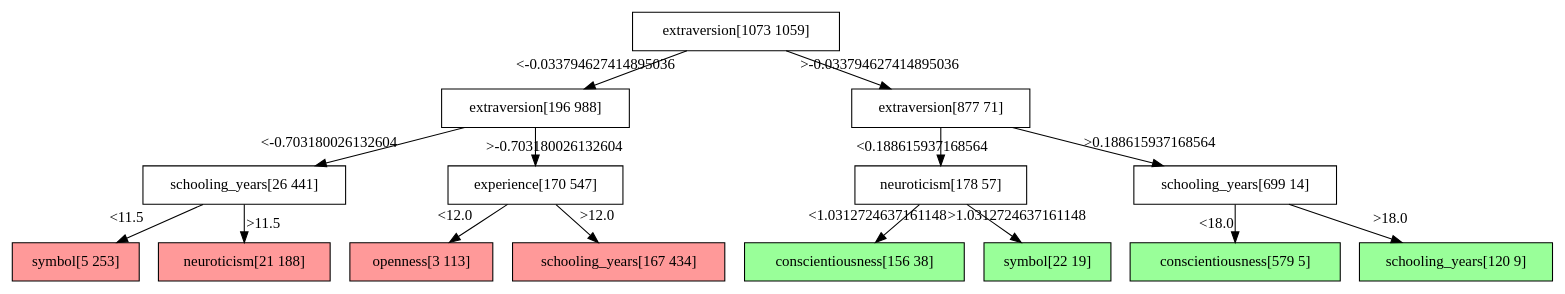
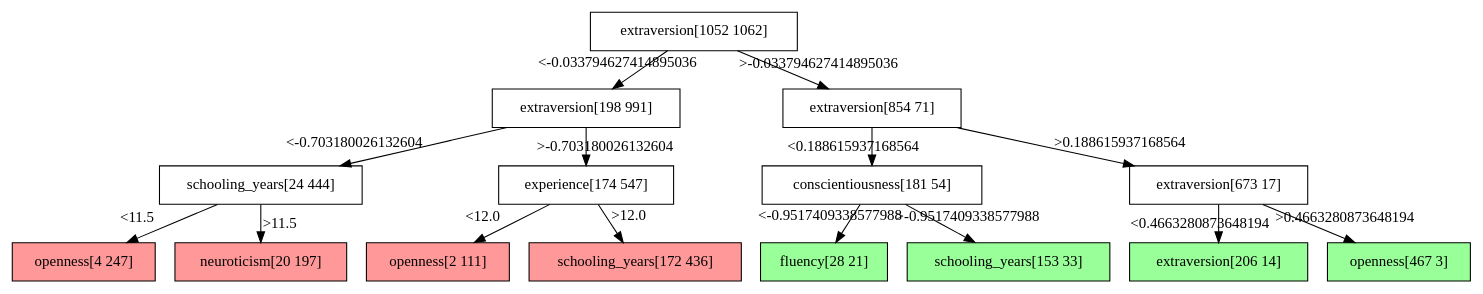
Before and after one commit to Poojabl26/Programming-Project: the diagram in skills_and_wages/bld/out/analysis/decision_tree.dot, drawn with Graphviz. The commit also changed 7 other files, not shown here.

```diff
--- a/skills_and_wages/bld/out/analysis/decision_tree.dot
+++ b/skills_and_wages/bld/out/analysis/decision_tree.dot
@@ -1,32 +1,32 @@
 digraph Tree {
 node [shape=box, style="filled", color="black"] ;
-0 [ label="extraversion[1073 1059]" , fillcolor="#ffffff"] ;
-1 [ label="extraversion[196 988]" , fillcolor="#ffffff"] ;
+0 [ label="extraversion[1052 1062]" , fillcolor="#ffffff"] ;
+1 [ label="extraversion[198 991]" , fillcolor="#ffffff"] ;
 0->1 [labeldistance=2.5, labelangle=45, headlabel="<-0.033794627414895036"] ;
-3 [ label="schooling_years[26 441]" , fillcolor="#ffffff"] ;
+3 [ label="schooling_years[24 444]" , fillcolor="#ffffff"] ;
 1->3 [labeldistance=2.5, labelangle=45, headlabel="<-0.703180026132604"] ;
-5 [ label="symbol[5 253]" , fillcolor="#ff9999"] ;
+5 [ label="openness[4 247]" , fillcolor="#ff9999"] ;
 3->5 [labeldistance=2.5, labelangle=45, headlabel="<11.5"] ;
-6 [ label="neuroticism[21 188]" , fillcolor="#ff9999"] ;
+6 [ label="neuroticism[20 197]" , fillcolor="#ff9999"] ;
 3->6 [labeldistance=2.5, labelangle=-45, headlabel=">11.5"] ;
-4 [ label="experience[170 547]" , fillcolor="#ffffff"] ;
+4 [ label="experience[174 547]" , fillcolor="#ffffff"] ;
 1->4 [labeldistance=2.5, labelangle=-45, headlabel=">-0.703180026132604"] ;
-7 [ label="openness[3 113]" , fillcolor="#ff9999"] ;
+7 [ label="openness[2 111]" , fillcolor="#ff9999"] ;
 4->7 [labeldistance=2.5, labelangle=45, headlabel="<12.0"] ;
-8 [ label="schooling_years[167 434]" , fillcolor="#ff9999"] ;
+8 [ label="schooling_years[172 436]" , fillcolor="#ff9999"] ;
 4->8 [labeldistance=2.5, labelangle=-45, headlabel=">12.0"] ;
-2 [ label="extraversion[877 71]" , fillcolor="#ffffff"] ;
+2 [ label="extraversion[854 71]" , fillcolor="#ffffff"] ;
 0->2 [labeldistance=2.5, labelangle=-45, headlabel=">-0.033794627414895036"] ;
-9 [ label="neuroticism[178 57]" , fillcolor="#ffffff"] ;
+9 [ label="conscientiousness[181 54]" , fillcolor="#ffffff"] ;
 2->9 [labeldistance=2.5, labelangle=45, headlabel="<0.188615937168564"] ;
-11 [ label="conscientiousness[156 38]" , fillcolor="#99ff99"] ;
-9->11 [labeldistance=2.5, labelangle=45, headlabel="<1.0312724637161148"] ;
-12 [ label="symbol[22 19]" , fillcolor="#99ff99"] ;
-9->12 [labeldistance=2.5, labelangle=-45, headlabel=">1.0312724637161148"] ;
-10 [ label="schooling_years[699 14]" , fillcolor="#ffffff"] ;
+11 [ label="fluency[28 21]" , fillcolor="#99ff99"] ;
+9->11 [labeldistance=2.5, labelangle=45, headlabel="<-0.9517409338577988"] ;
+12 [ label="schooling_years[153 33]" , fillcolor="#99ff99"] ;
+9->12 [labeldistance=2.5, labelangle=-45, headlabel=">-0.9517409338577988"] ;
+10 [ label="extraversion[673 17]" , fillcolor="#ffffff"] ;
 2->10 [labeldistance=2.5, labelangle=-45, headlabel=">0.188615937168564"] ;
-13 [ label="conscientiousness[579 5]" , fillcolor="#99ff99"] ;
-10->13 [labeldistance=2.5, labelangle=45, headlabel="<18.0"] ;
-14 [ label="schooling_years[120 9]" , fillcolor="#99ff99"] ;
-10->14 [labeldistance=2.5, labelangle=-45, headlabel=">18.0"] ;
+13 [ label="extraversion[206 14]" , fillcolor="#99ff99"] ;
+10->13 [labeldistance=2.5, labelangle=45, headlabel="<0.4663280873648194"] ;
+14 [ label="openness[467 3]" , fillcolor="#99ff99"] ;
+10->14 [labeldistance=2.5, labelangle=-45, headlabel=">0.4663280873648194"] ;
 }
```
